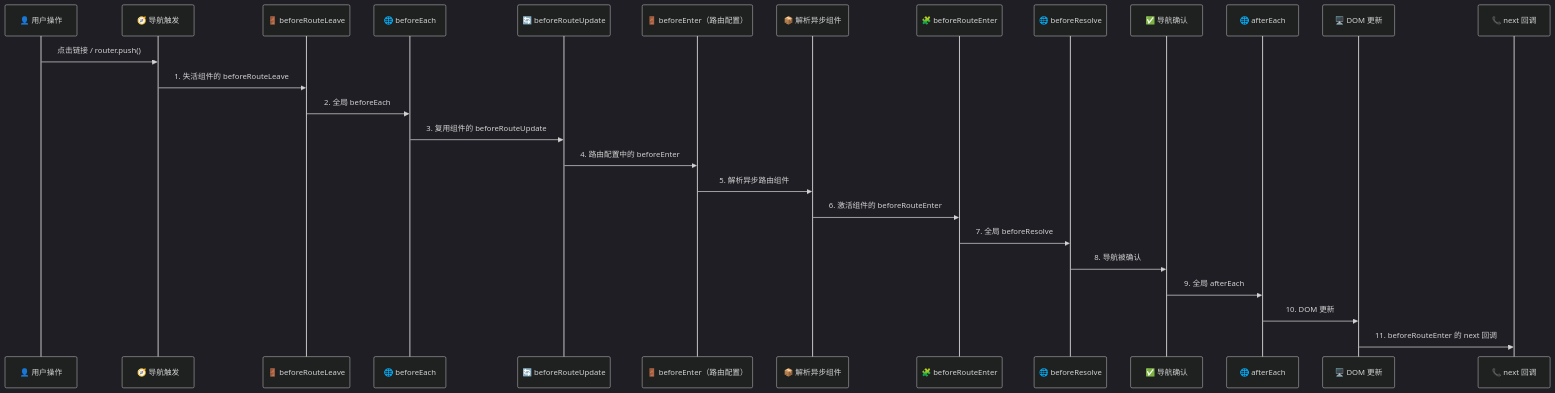
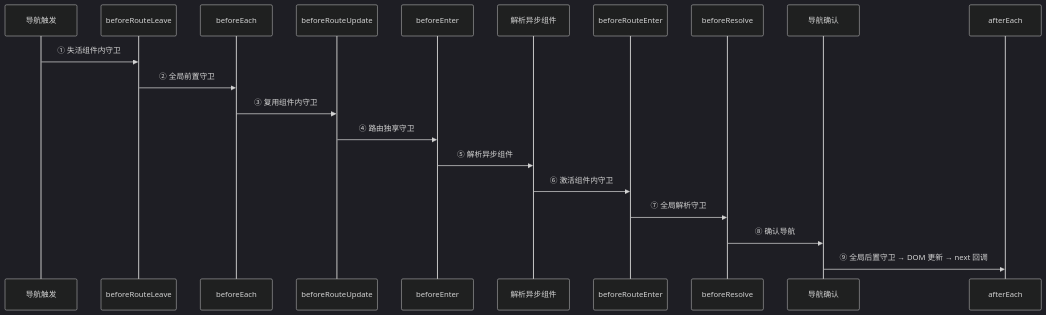
One commit to zjh42139/interview-notes changed the diagram in docs/VueRouter/route-guards.md. Above: the diagram before and after it, drawn with Mermaid (dark theme).

Commit message:
fix(VueRouter): 导航守卫 Mermaid 图过长导致渲染字体过小
- 参与者 13→11 个（移除 User/DOM/Callback 冗余节点）
- 步骤 11→9 步（合并 afterEach→DOM→nextCallback 为一步）

````diff
--- a/docs/VueRouter/route-guards.md
+++ b/docs/VueRouter/route-guards.md
@@ -185,29 +185,23 @@
 ```mermaid
 sequenceDiagram
-    participant User as 👤 用户操作
-    participant Nav as 🧭 导航触发
-    participant Leave as 🚪 beforeRouteLeave
-    participant Global as 🌐 beforeEach
-    participant Reuse as 🔄 beforeRouteUpdate
-    participant Enter as 🚪 beforeEnter（路由配置）
-    participant Resolve as 📦 解析异步组件
-    participant Comp as 🧩 beforeRouteEnter
-    participant ResolveG as 🌐 beforeResolve
-    participant Done as ✅ 导航确认
-    participant After as 🌐 afterEach
-    participant DOM as 🖥️ DOM 更新
-    participant Callback as 📞 next 回调
+    participant U as 导航触发
+    participant L as beforeRouteLeave
+    participant B as beforeEach
+    participant U2 as beforeRouteUpdate
+    participant E as beforeEnter
+    participant R as 解析异步组件
+    participant C as beforeRouteEnter
+    participant B2 as beforeResolve
+    participant D as 导航确认
+    participant A as afterEach
 
-    User->>Nav: 点击链接 / router.push()
-    Nav->>Leave: 1. 失活组件的 beforeRouteLeave
-    Leave->>Global: 2. 全局 beforeEach
-    Global->>Reuse: 3. 复用组件的 beforeRouteUpdate
-    Reuse->>Enter: 4. 路由配置中的 beforeEnter
-    Enter->>Resolve: 5. 解析异步路由组件
-    Resolve->>Comp: 6. 激活组件的 beforeRouteEnter
-    Comp->>ResolveG: 7. 全局 beforeResolve
-    ResolveG->>Done: 8. 导航被确认
-    Done->>After: 9. 全局 afterEach
-    After->>DOM: 10. DOM 更新
-    DOM->>Callback: 11. beforeRouteEnter 的 next 回调
+    U->>L: ① 失活组件内守卫
+    L->>B: ② 全局前置守卫
+    B->>U2: ③ 复用组件内守卫
+    U2->>E: ④ 路由独享守卫
+    E->>R: ⑤ 解析异步组件
+    R->>C: ⑥ 激活组件内守卫
+    C->>B2: ⑦ 全局解析守卫
+    B2->>D: ⑧ 确认导航
+    D->>A: ⑨ 全局后置守卫 → DOM 更新 → next 回调
 ```
````
